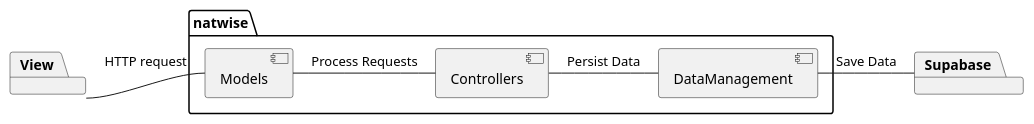
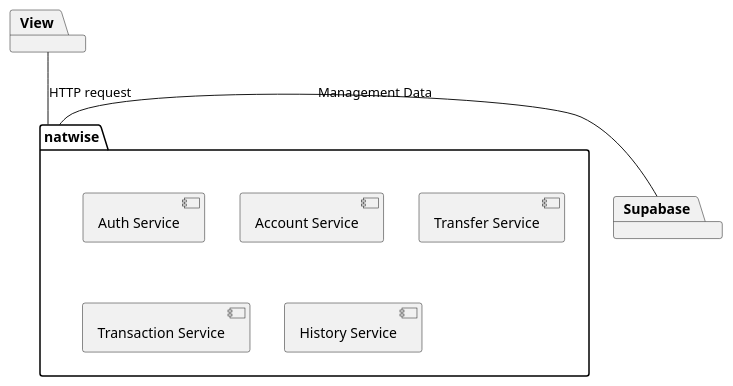
Before and after one commit to mpoboas/natwise: the diagram in docs/Level2/LogicalView.puml, drawn with PlantUML. The commit also changed 2 other files, not shown here.

```diff
--- a/docs/Level2/LogicalView.puml
+++ b/docs/Level2/LogicalView.puml
@@ -1,20 +1,20 @@
 @startuml LogicalView
 
 package View {
 }
 
 package natwise {
-    [Models]
-    [Controllers]
-    [DataManagement]
+component "Auth Service" as authService
+component "Account Service" as accountService
+component "Transfer Service" as transferService
+component "Transaction Service" as transactionService
+component "History Service" as historyService
 }
 
 package Supabase {
 }
 
-View - Models : HTTP request
-Models - Controllers : Process Requests
-[Controllers] - DataManagement : Persist Data
-DataManagement - Supabase: Save Data
+View -- natwise : HTTP request
+natwise - Supabase: Management Data
 
 @enduml
```
